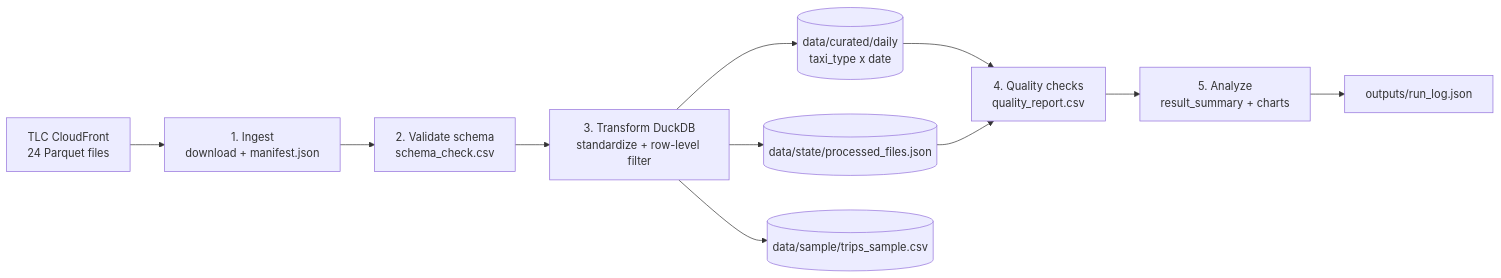
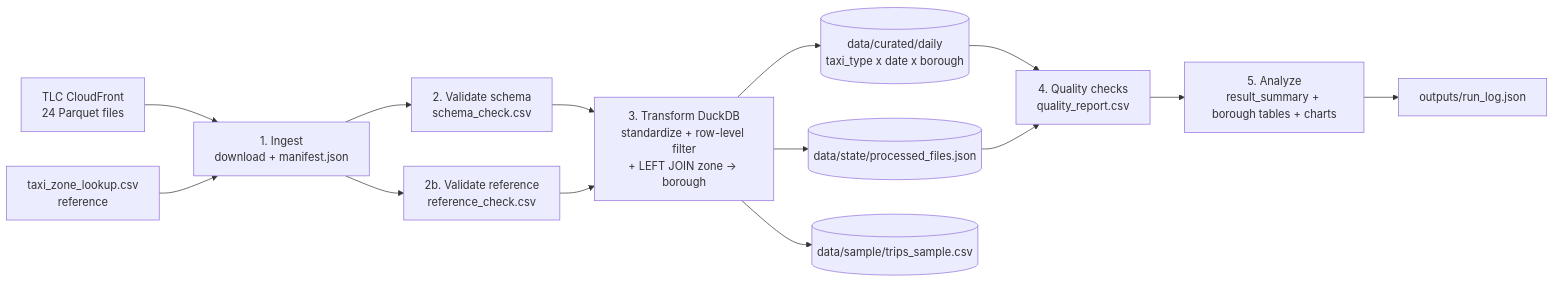
The diagram in README.md (BostonTU/nyc-taxi-pipeline), drawn with Mermaid before and after one commit. The commit also changed other lines of this file and 1 other file, not shown here.

````diff
--- a/README.md
+++ b/README.md
@@ -20,13 +34,16 @@
 ```mermaid
 flowchart LR
     A[TLC CloudFront<br/>24 Parquet files] --> B[1. Ingest<br/>download + manifest.json]
+    R[taxi_zone_lookup.csv<br/>reference] --> B
     B --> C[2. Validate schema<br/>schema_check.csv]
-    C --> D[3. Transform DuckDB<br/>standardize + row-level filter]
-    D --> E[(data/curated/daily<br/>taxi_type x date)]
+    B --> V[2b. Validate reference<br/>reference_check.csv]
+    C --> D[3. Transform DuckDB<br/>standardize + row-level filter<br/>+ LEFT JOIN zone -> borough]
+    V --> D
+    D --> E[(data/curated/daily<br/>taxi_type x date x borough)]
     D --> F[(data/state/processed_files.json)]
     D --> S[(data/sample/trips_sample.csv)]
     E --> G[4. Quality checks<br/>quality_report.csv]
     F --> G
-    G --> H[5. Analyze<br/>result_summary + charts]
+    G --> H[5. Analyze<br/>result_summary + borough tables + charts]
     H --> I[outputs/run_log.json]
 ```
````
